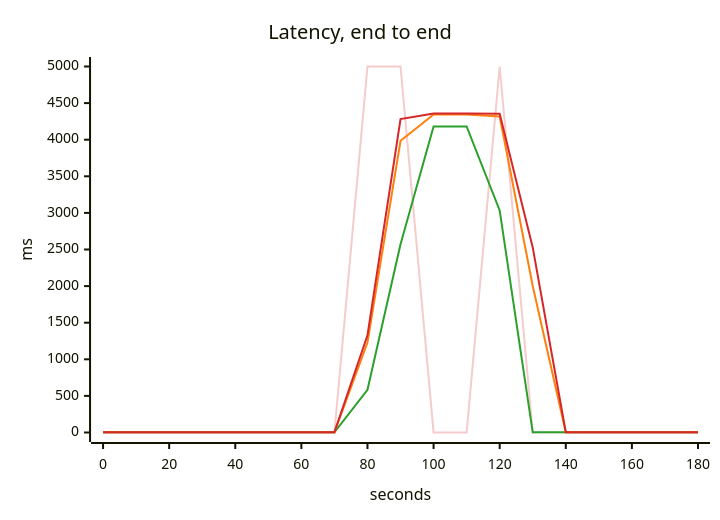
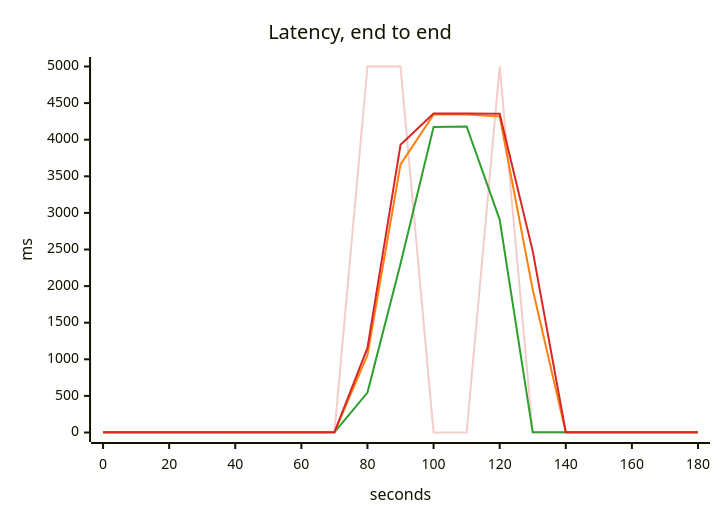
Before and after one commit to akinfemi/load-lore: the third of 5 diagrams in scenarios/featured-on-hacker-news/solutions/scale-on-inflight/report.md, drawn with Mermaid. The commit also changed other lines of this file and 71 other files, not shown here.

````diff
--- a/scenarios/featured-on-hacker-news/solutions/scale-on-inflight/report.md
+++ b/scenarios/featured-on-hacker-news/solutions/scale-on-inflight/report.md
@@ -56,17 +58,17 @@
 ```mermaid
 ---
 config:
   themeVariables:
     xyChart:
       backgroundColor: "transparent"
       plotColorPalette: "#f4cccc, #2ca02c, #ff7f0e, #d62728"
 ---
 xychart-beta
     title "Latency, end to end"
     x-axis "seconds" 0 --> 180
     y-axis "ms" 0 --> 5000
     line [0, 0, 0, 0, 0, 0, 0, 0, 5000, 5000, 0, 0, 5000, 0, 0, 0, 0, 0, 0]
-    line [2.314, 2.31, 2.052, 2.046, 2.044, 2.045, 2.025, 2.001, 582.726, 2572.566, 4181.015, 4181.015, 3034.336, 2.008, 1.949, 1.946, 1.951, 1.96, 1.955]
-    line [2.525, 2.524, 2.315, 2.284, 2.283, 2.294, 2.266, 2.244, 1228.493, 3984.915, 4343.929, 4343.929, 4318.214, 2001.81, 2.294, 2.259, 2.303, 2.312, 2.278]
-    line [2.792, 2.7, 2.491, 2.323, 2.333, 2.488, 2.319, 2.319, 1327.203, 4282.342, 4358.411, 4358.411, 4353.386, 2528.292, 3.231, 2.794, 4.356, 3.144, 2.906]
+    line [2.388, 2.38, 2.113, 2.096, 2.093, 2.097, 2.056, 2.035, 546.121, 2304.768, 4172.049, 4181.015, 2908.425, 2.038, 1.994, 1.985, 1.991, 1.997, 1.997]
+    line [2.649, 2.588, 2.457, 2.312, 2.308, 2.312, 2.293, 2.29, 1058.448, 3662.203, 4343.033, 4343.929, 4318.002, 1952.574, 2.322, 2.289, 2.303, 2.312, 2.304]
+    line [3.042, 2.741, 2.603, 2.479, 2.452, 2.484, 2.325, 3.222, 1154.735, 3930.931, 4358.231, 4358.411, 4354.277, 2478.271, 3.891, 2.894, 3.254, 3.465, 3.162]
 ```
````
